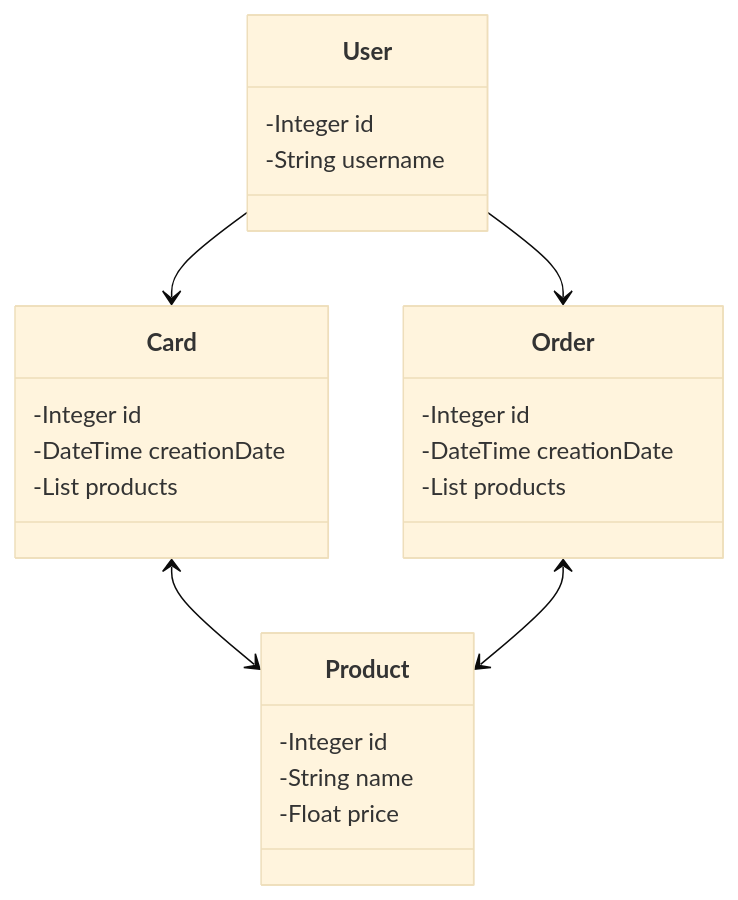
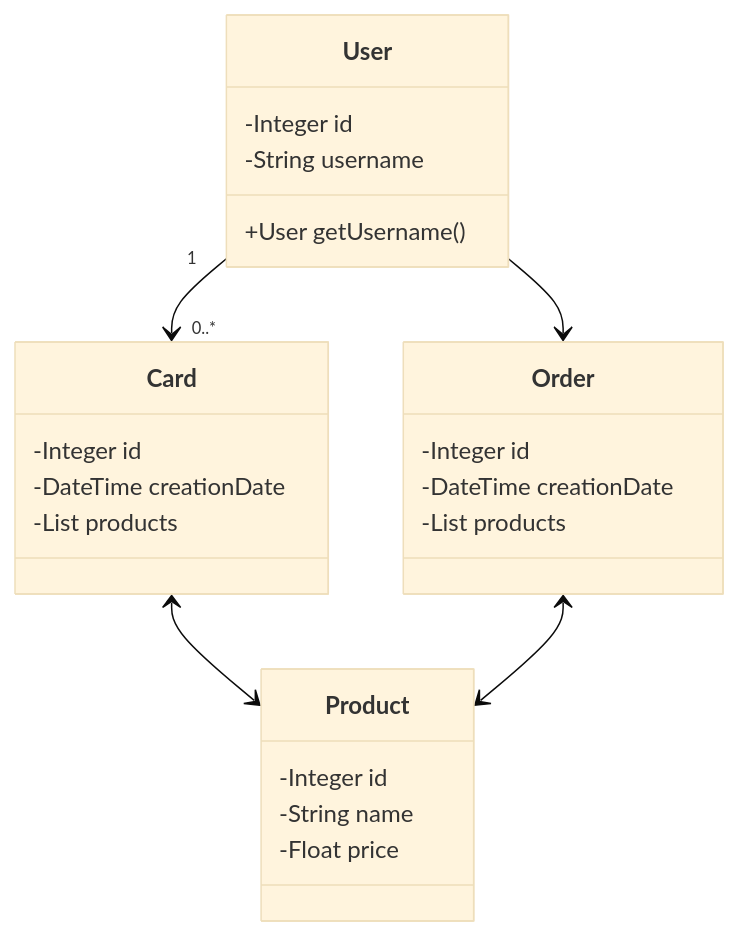
Before and after one commit to shiipou/simplon-2024-springboot: the diagram in README.md, drawn with Mermaid (base theme).

Commit message:
doc(readme): Add mermaidjs diagram

````diff
--- a/README.md
+++ b/README.md
@@ -9,27 +9,28 @@
 ```mermaid
 classDiagram
-    User --> Card
+    User "1"-->"0..*" Card
     Card <--> Product
     Order <--> Product
     User --> Order
     
     class User {
       -Integer id
       -String username
+      +User getUsername()
     }
     class Product {
         -Integer id
         -String name
         -Float price
     }
     class Card {
         -Integer id
         -DateTime creationDate
         -List<Product> products
     }
     class Order {
         -Integer id
         -DateTime creationDate
         -List<Product> products
     }
 ```
````
